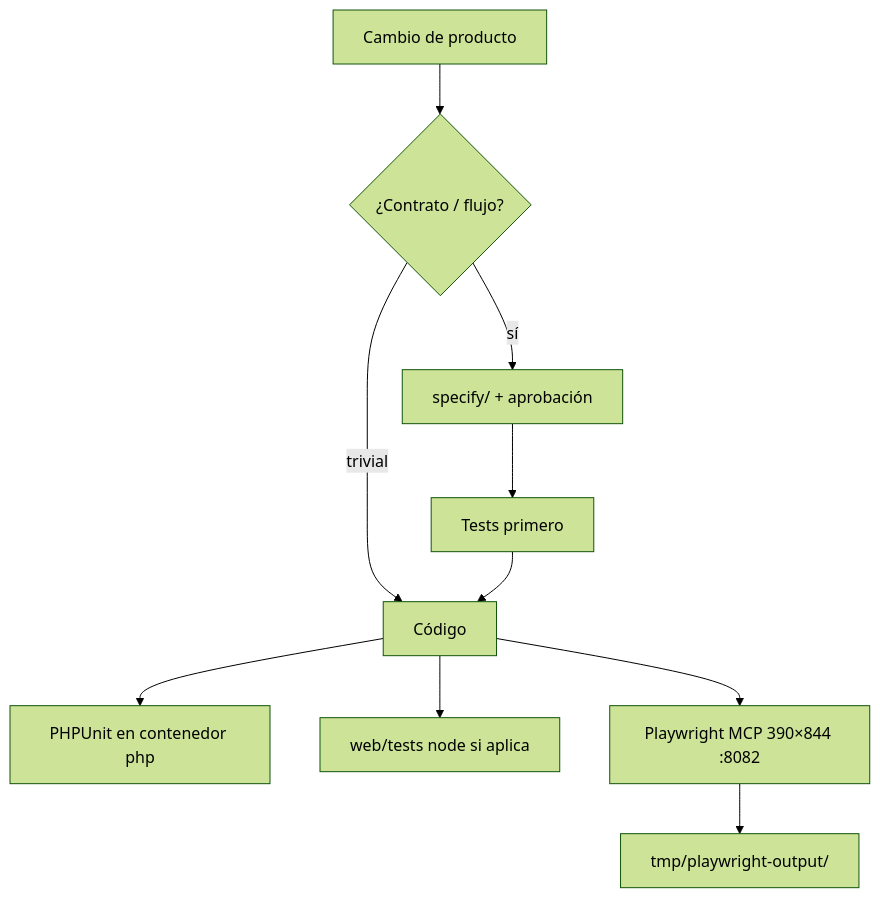
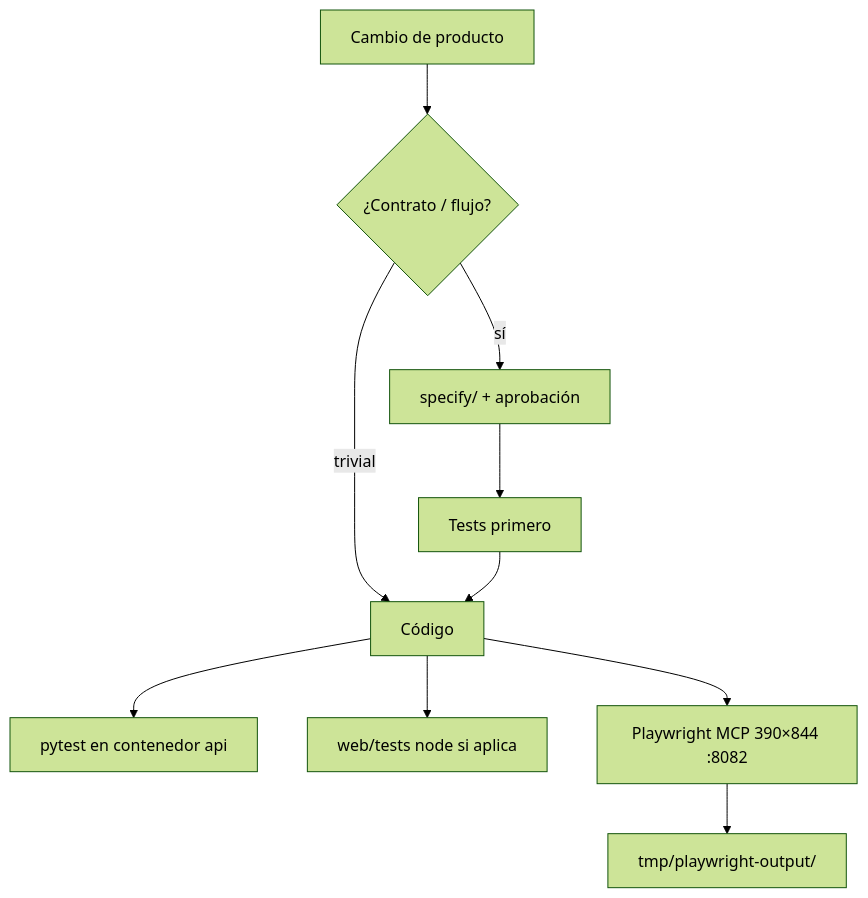
One commit to KuiperBelt-PRO/kidepik changed the diagram in .cursor/diagrams/13-dev-test-validate.md. Above: the diagram before and after it, drawn with Mermaid (forest theme). The commit also changed other lines of this file and 37 other files, not shown here.

First line of the commit message:
docs: retire PHP specs and align docs with FastAPI stack

````diff
--- a/.cursor/diagrams/13-dev-test-validate.md
+++ b/.cursor/diagrams/13-dev-test-validate.md
@@ -5,12 +5,12 @@
 ```mermaid
 flowchart TB
   Change[Cambio de producto] --> Spec{¿Contrato / flujo?}
   Spec -->|sí| WriteSpec[specify/ + aprobación]
   Spec -->|trivial| Code[Código]
   WriteSpec --> TDD[Tests primero]
   TDD --> Code
-  Code --> PHPUnit[PHPUnit en contenedor php]
+  Code --> Pytest[pytest en contenedor api]
   Code --> WebTest[web/tests node si aplica]
   Code --> UI[Playwright MCP 390×844 :8082]
   UI --> Shot[tmp/playwright-output/]
 ```
````
